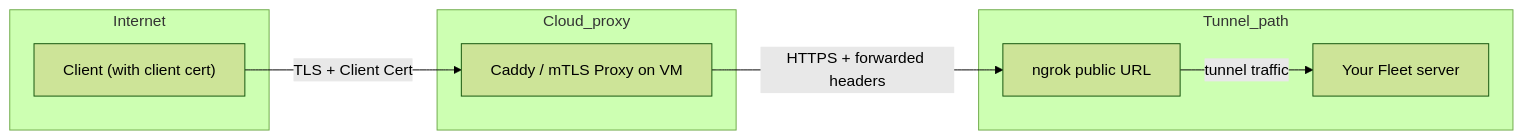
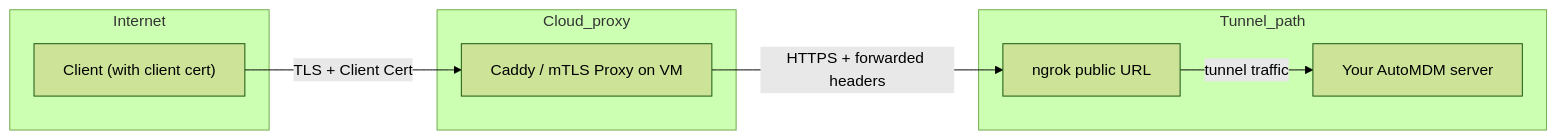
The diagram in docs/Contributing/guides/mtls-reverse-proxy-setup.md (anilyagiz/AutoMDM), drawn with Mermaid (forest theme) before and after one commit. The commit also changed other lines of this file and 7979 other files, not shown here.

First line of the commit message:
Rebrand Fleet as AutoMDM (mechanical pass)

````diff
--- a/docs/Contributing/guides/mtls-reverse-proxy-setup.md
+++ b/docs/Contributing/guides/mtls-reverse-proxy-setup.md
@@ -3,19 +3,19 @@
 ```mermaid
 flowchart LR
     subgraph Internet
         Client["Client (with client cert)"]
     end
 
     subgraph Cloud_proxy
         Proxy["Caddy / mTLS Proxy on VM"]
     end
 
     subgraph Tunnel_path
         ngrok["ngrok public URL"]
-        LocalApp["Your Fleet server"]
+        LocalApp["Your AutoMDM server"]
     end
 
     Client -->|TLS + Client Cert| Proxy
     Proxy -->|HTTPS + forwarded headers| ngrok
     ngrok -->|tunnel traffic| LocalApp
 ```
````
